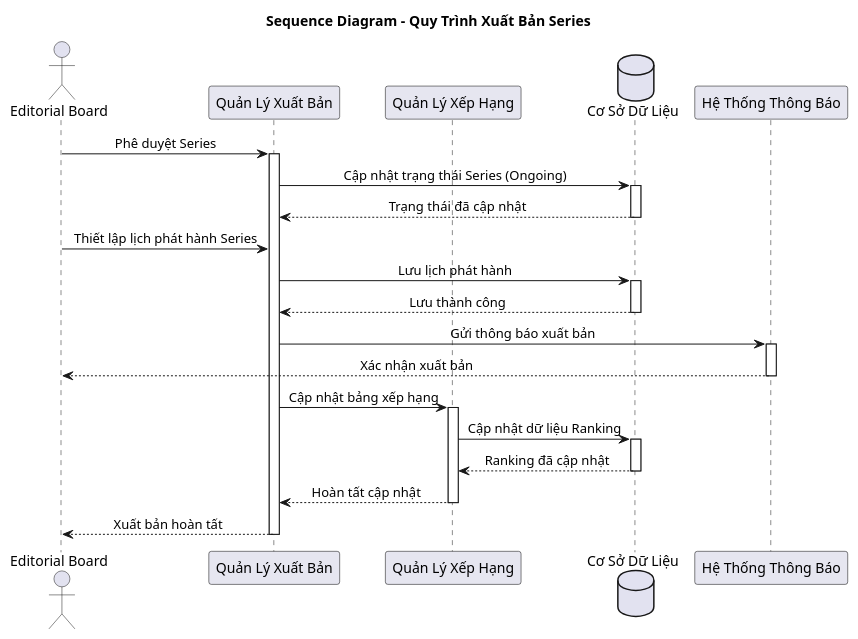
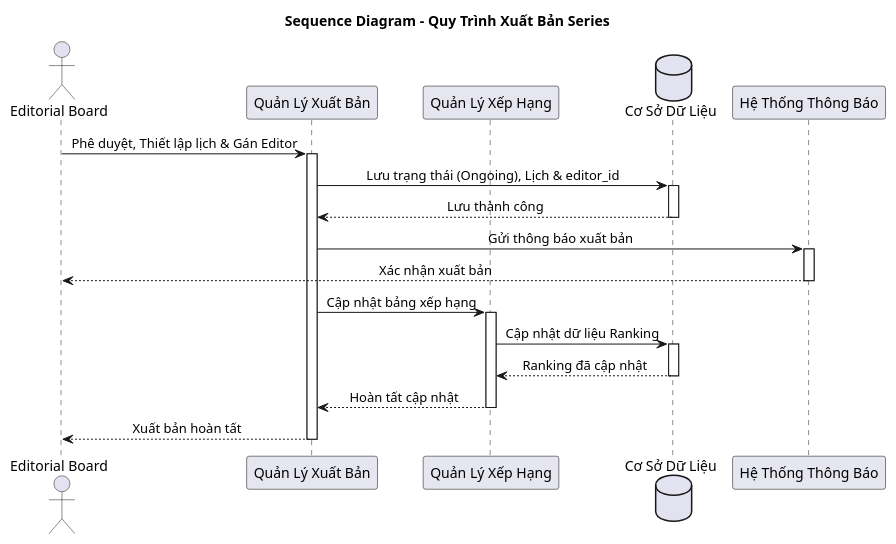
One commit to trongtan0079/Manga-publishing-management-system changed the diagram in UML/sequence_diagram_manga_series_publishing.puml. Above: the diagram before and after it, drawn with PlantUML. The commit also changed 2 other files, not shown here.

Commit message:
UML: Dong bo hoa so do ERD, Class Diagram va So do tuan tu theo cau truc editor_id va is_final moi

```diff
--- a/UML/sequence_diagram_manga_series_publishing.puml
+++ b/UML/sequence_diagram_manga_series_publishing.puml
@@ -1,50 +1,43 @@
 @startuml
 
 skinparam Shadowing false
 skinparam ParticipantBackgroundColor #E6E6F0
 skinparam ParticipantBorderColor Black
 skinparam SequenceMessageAlign center
 
 title Sequence Diagram - Quy Trình Xuất Bản Series
 
 actor "Editorial Board" as Board
 participant "Quản Lý Xuất Bản" as PublishManager
 participant "Quản Lý Xếp Hạng" as RankingManager
 database "Cơ Sở Dữ Liệu" as DB
 participant "Hệ Thống Thông Báo" as Notification
 
-Board -> PublishManager : Phê duyệt Series
+Board -> PublishManager : Phê duyệt, Thiết lập lịch & Gán Editor
 activate PublishManager
 
-PublishManager -> DB : Cập nhật trạng thái Series (Ongoing)
-activate DB
-DB --> PublishManager : Trạng thái đã cập nhật
-deactivate DB
-
-Board -> PublishManager : Thiết lập lịch phát hành Series
-
-PublishManager -> DB : Lưu lịch phát hành
+PublishManager -> DB : Lưu trạng thái (Ongoing), Lịch & editor_id
 activate DB
 DB --> PublishManager : Lưu thành công
 deactivate DB
 
 PublishManager -> Notification : Gửi thông báo xuất bản
 activate Notification
 Notification --> Board : Xác nhận xuất bản
 deactivate Notification
 
 PublishManager -> RankingManager : Cập nhật bảng xếp hạng
 activate RankingManager
 
 RankingManager -> DB : Cập nhật dữ liệu Ranking
 activate DB
 DB --> RankingManager : Ranking đã cập nhật
 deactivate DB
 
 RankingManager --> PublishManager : Hoàn tất cập nhật
 deactivate RankingManager
 
 PublishManager --> Board : Xuất bản hoàn tất
 deactivate PublishManager
 
 @enduml
```
